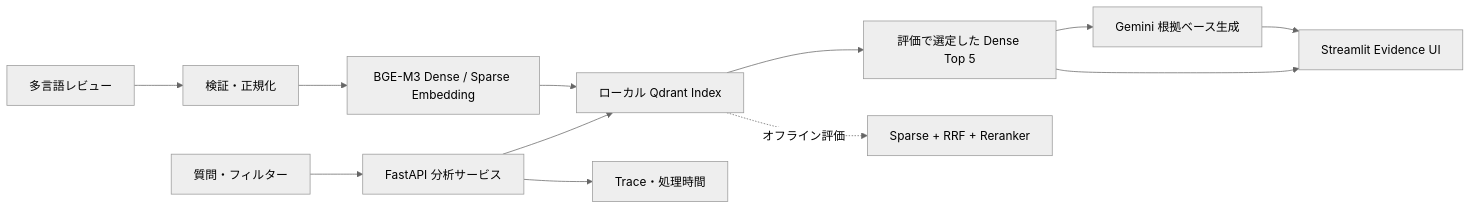
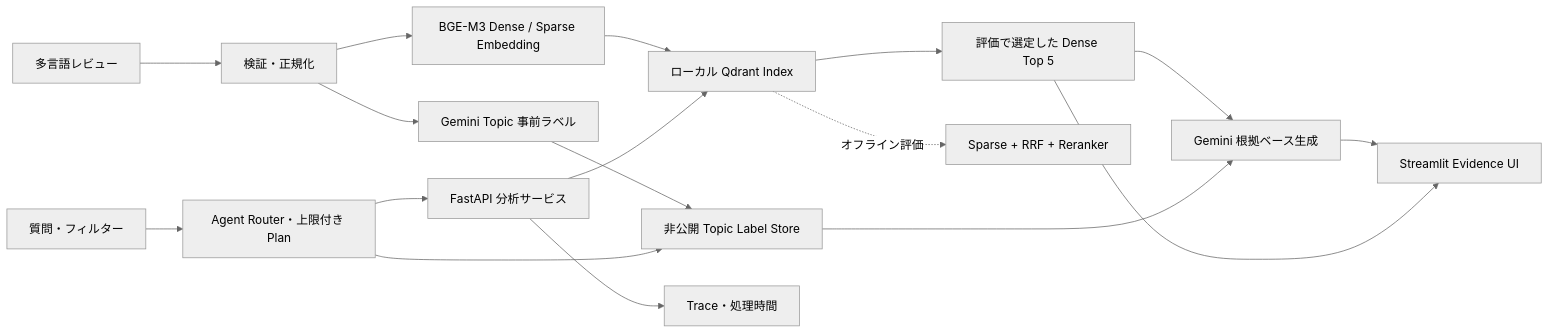
One commit to taojiangyz/Tokyo-Disneyland-review-intelligence changed the diagram in README.ja.md. Above: the diagram before and after it, drawn with Mermaid (neutral theme). The commit also changed other lines of this file and 1 other file, not shown here.

Commit message:
Update READMEs for completed analytics Agent

````diff
--- a/README.ja.md
+++ b/README.ja.md
@@ -29,14 +31,19 @@
 ```mermaid
 flowchart LR
     A["多言語レビュー"] --> B["検証・正規化"]
     B --> C["BGE-M3 Dense / Sparse Embedding"]
+    B --> L["Gemini Topic 事前ラベル"]
+    L --> TS["非公開 Topic Label Store"]
     C --> D["ローカル Qdrant Index"]
-    U["質問・フィルター"] --> API["FastAPI 分析サービス"]
+    U["質問・フィルター"] --> AG["Agent Router・上限付き Plan"]
+    AG --> API["FastAPI 分析サービス"]
+    AG --> TS
     API --> D
     D --> DR["評価で選定した Dense Top 5"]
     DR --> G["Gemini 根拠ベース生成"]
+    TS --> G
     G --> UI["Streamlit Evidence UI"]
     DR --> UI
     D -. "オフライン評価" .-> EXP["Sparse + RRF + Reranker"]
     API --> T["Trace・処理時間"]
 ```
````
